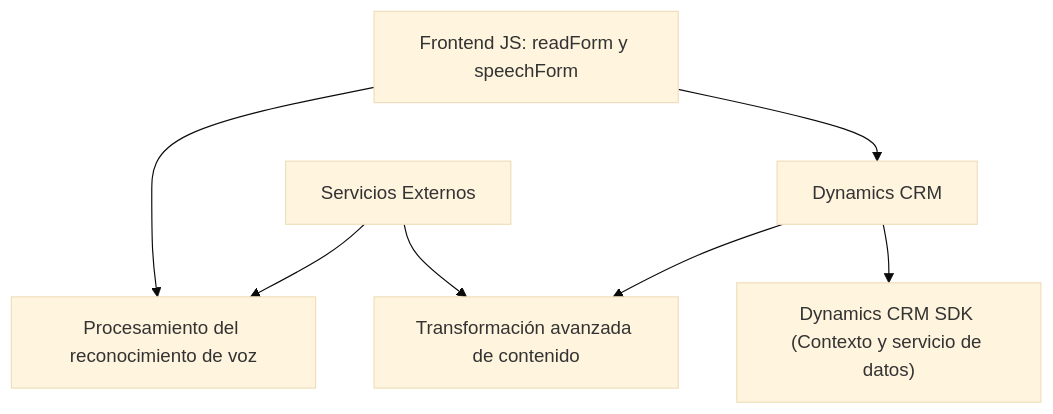
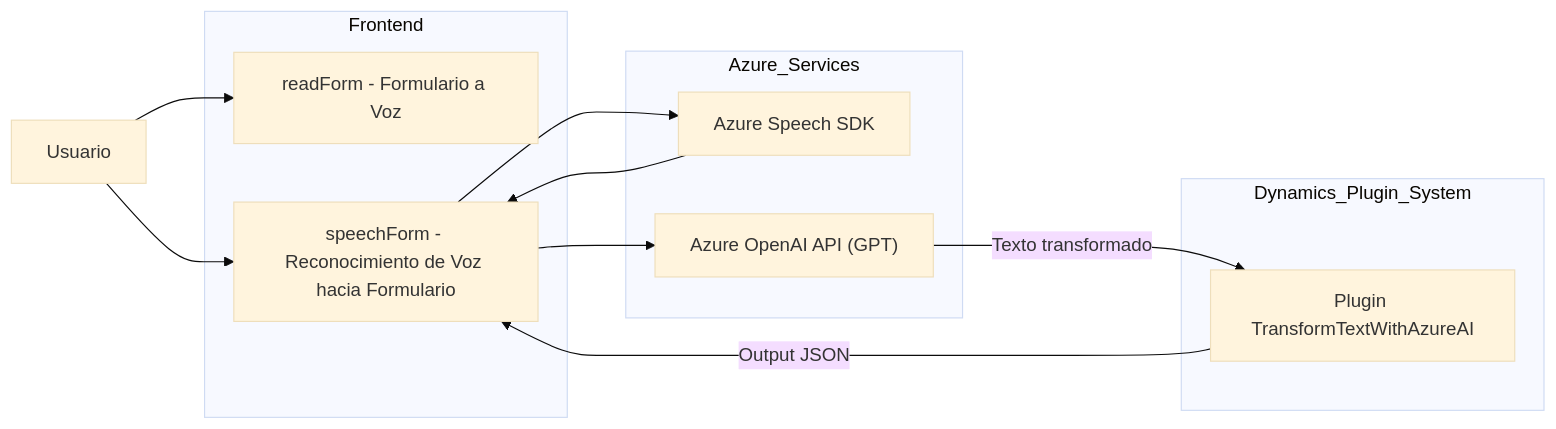
Before and after one commit to blopezdm/NETCORE_BILBAO2025: the diagram in README.md, drawn with Mermaid (base theme). The commit also changed other lines of this file, not shown here.

Commit message:
Actualizar análisis global de la solución con IA

````diff
--- a/README.md
+++ b/README.md
@@ -42,12 +41,26 @@
 ```mermaid
-graph TD
-    A["Frontend JS: readForm y speechForm"]
-    B["Plugins CRM: TransformTextWithAzureAI"]
-    C["Servicios Externos"]
-    A --> D["Azure Speech SDK (Reconocimiento y síntesis de voz)"]
-    A --> B["Dynamics CRM"]
-    B --> E["Azure OpenAI API (Transformación de texto con IA)"]
-    B --> F["Dynamics CRM SDK (Contexto y servicio de datos)"]
-    C --> D["Procesamiento del reconocimiento de voz"]
-    C --> E["Transformación avanzada de contenido"]
+graph LR
+    A["Usuario"]
+
+    subgraph Frontend
+        B["readForm - Formulario a Voz"]
+        C["speechForm - Reconocimiento de Voz hacia Formulario"]
+    end
+    
+    subgraph Dynamics_Plugin_System
+        D["Plugin TransformTextWithAzureAI"]
+    end
+
+    subgraph Azure_Services
+        E["Azure Speech SDK"]
+        F["Azure OpenAI API (GPT)"]
+    end
+
+    A --> B
+    A --> C
+    C --> E
+    E --> C
+    C --> F
+    F -->|Texto transformado| D
+    D -->|Output JSON| C
 ```
````
